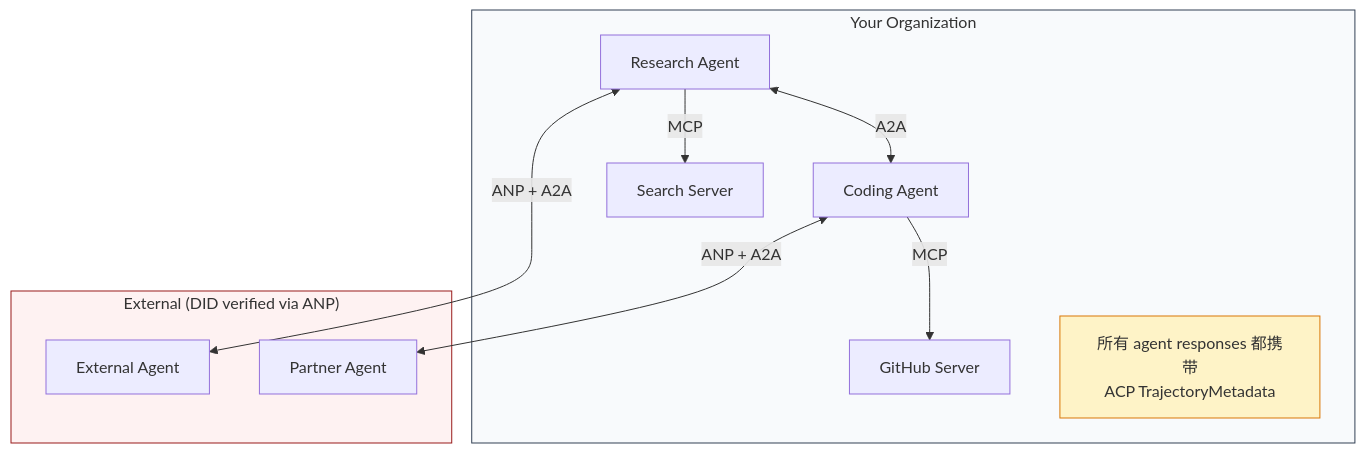
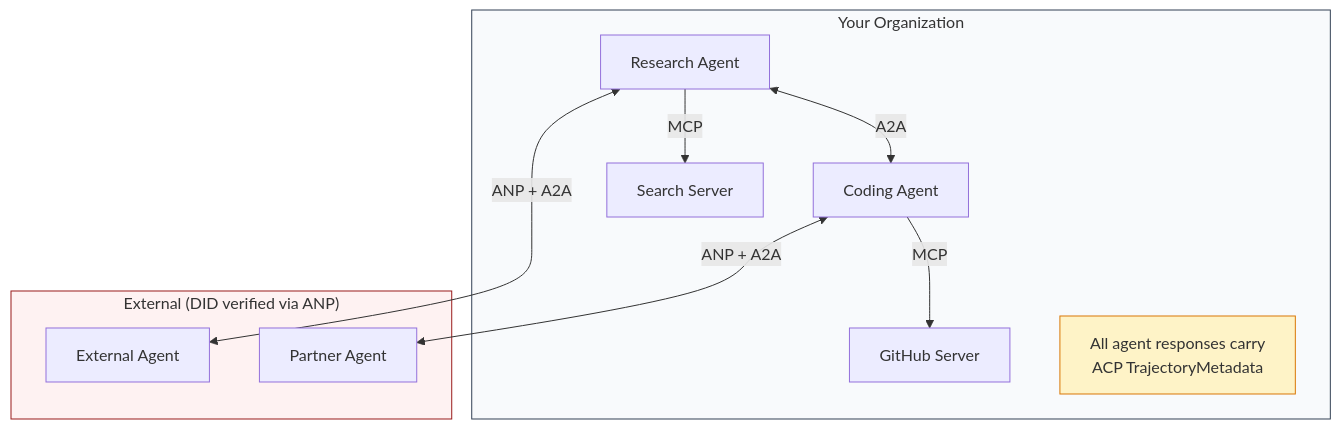
Before and after one commit to cluster1900/ai-engineering-from-scratch-zh: diagram 11 of 13 in phases/16-multi-agent-and-swarms/03-communication-protocols/docs/en.md, drawn with Mermaid. The commit also changed other lines of this file and 155 other files, not shown here.

````diff
--- a/phases/16-multi-agent-and-swarms/03-communication-protocols/docs/en.md
+++ b/phases/16-multi-agent-and-swarms/03-communication-protocols/docs/en.md
@@ -573,21 +575,21 @@
 ```mermaid
 graph TB
     subgraph org["Your Organization"]
         RA[Research Agent] <-->|A2A| CA[Coding Agent]
         RA -->|MCP| SS[Search Server]
         CA -->|MCP| GS[GitHub Server]
-        AUDIT["所有 agent responses 都携带<br/>ACP TrajectoryMetadata"]
+        AUDIT["All agent responses carry<br/>ACP TrajectoryMetadata"]
     end
 
     subgraph ext["External (DID verified via ANP)"]
         EA[External Agent]
         PA[Partner Agent]
     end
 
     RA <-->|ANP + A2A| EA
     CA <-->|ANP + A2A| PA
 
     style org fill:#f8fafc,stroke:#334155
     style ext fill:#fef2f2,stroke:#991b1b
     style AUDIT fill:#fef3c7,stroke:#d97706
 ```
````
